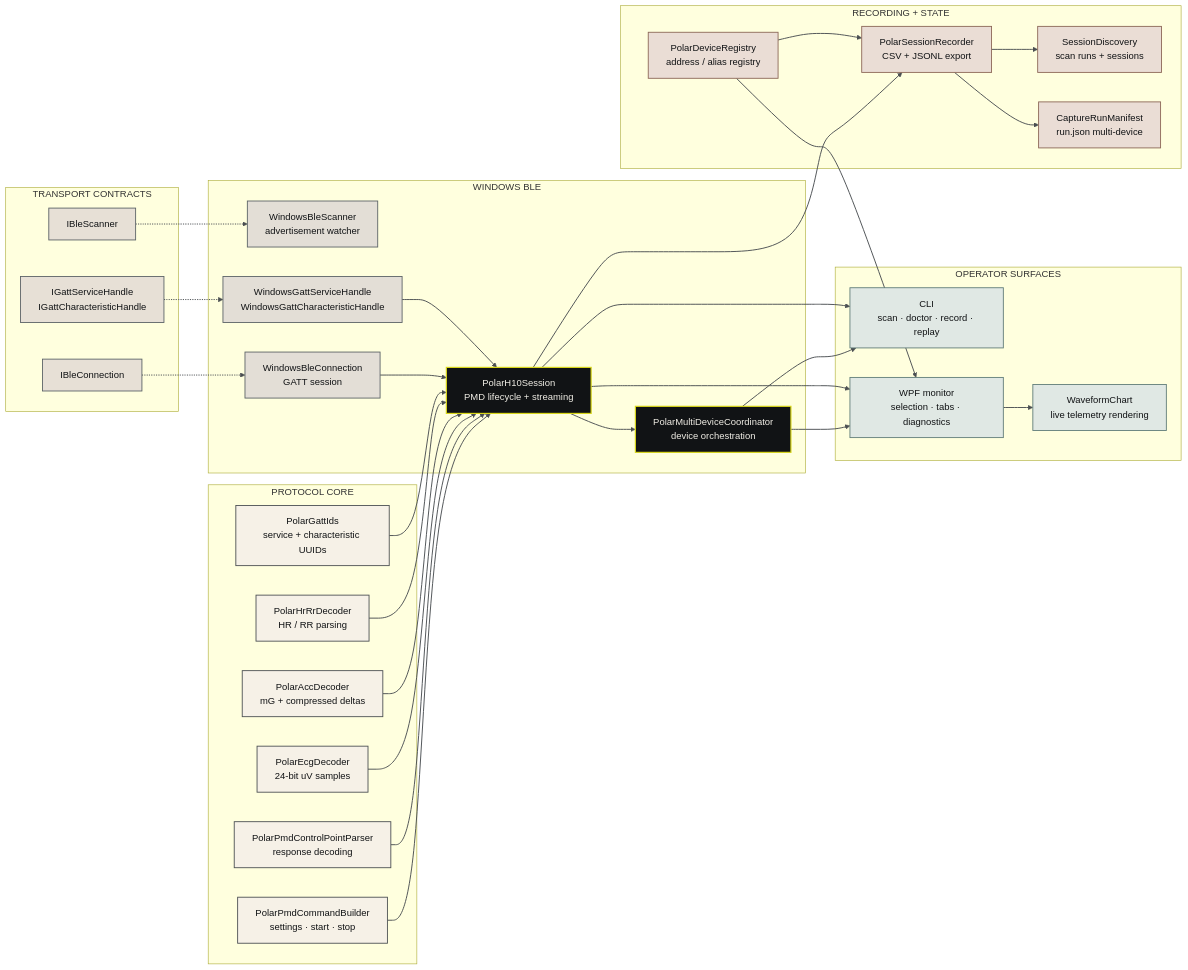
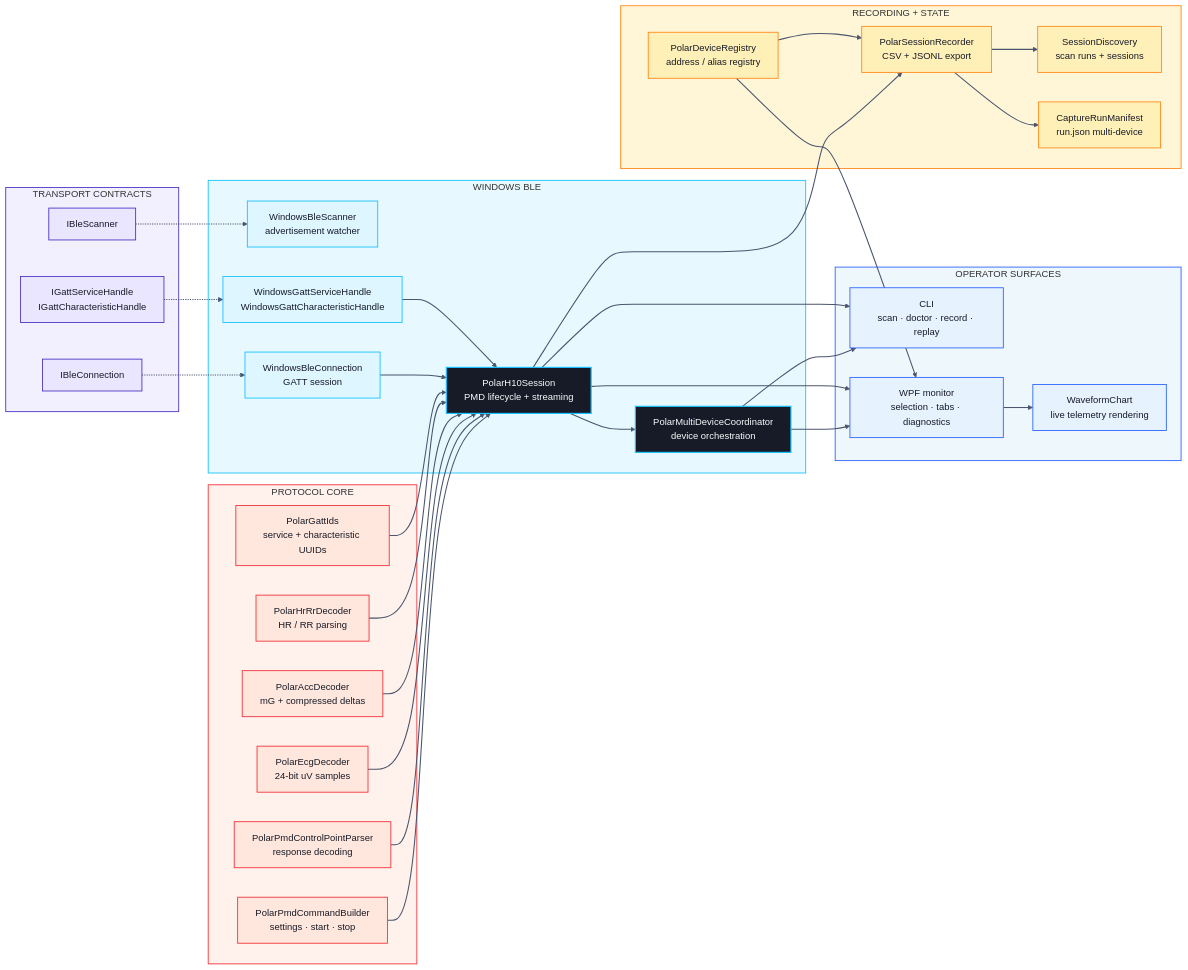
Before and after one commit to MesmerPrism/PolarH10: the diagram in docs/diagrams/code-architecture.mmd, drawn with Mermaid. The commit also changed 15 other files, not shown here.

Commit message:
Reframe site around app and intensify diagram palette

```diff
--- a/docs/diagrams/code-architecture.mmd
+++ b/docs/diagrams/code-architecture.mmd
@@ -1,76 +1,82 @@
 %% Code architecture - subsystem level.
 %% Optimized for Pages viewer and GitHub README rendering.
 
 flowchart LR
     subgraph Protocol["PROTOCOL CORE"]
         EC["PolarEcgDecoder<br/>24-bit uV samples"]
         AC["PolarAccDecoder<br/>mG + compressed deltas"]
         HR["PolarHrRrDecoder<br/>HR / RR parsing"]
         PMD["PolarPmdCommandBuilder<br/>settings · start · stop"]
         CP["PolarPmdControlPointParser<br/>response decoding"]
         GID["PolarGattIds<br/>service + characteristic UUIDs"]
     end
 
     subgraph Transport["TRANSPORT CONTRACTS"]
         IS["IBleScanner"]
         IC["IBleConnection"]
         IG["IGattServiceHandle<br/>IGattCharacteristicHandle"]
     end
 
     subgraph Windows["WINDOWS BLE"]
         WS["WindowsBleScanner<br/>advertisement watcher"]
         WC["WindowsBleConnection<br/>GATT session"]
         WG["WindowsGattServiceHandle<br/>WindowsGattCharacteristicHandle"]
         SE["PolarH10Session<br/>PMD lifecycle + streaming"]
         CO["PolarMultiDeviceCoordinator<br/>device orchestration"]
     end
 
     subgraph Recording["RECORDING + STATE"]
         RE["PolarSessionRecorder<br/>CSV + JSONL export"]
         SD["SessionDiscovery<br/>scan runs + sessions"]
         MA["CaptureRunManifest<br/>run.json multi-device"]
         DR["PolarDeviceRegistry<br/>address / alias registry"]
     end
 
     subgraph Surfaces["OPERATOR SURFACES"]
         C1["CLI<br/>scan · doctor · record · replay"]
         G1["WPF monitor<br/>selection · tabs · diagnostics"]
         G2["WaveformChart<br/>live telemetry rendering"]
     end
 
     PMD --> SE
     CP --> SE
     EC --> SE
     AC --> SE
     HR --> SE
     GID --> SE
     IS -.-> WS
     IC -.-> WC
     IG -.-> WG
     WC --> SE
     WG --> SE
     SE --> CO
     SE --> RE
     RE --> SD
     RE --> MA
     DR --> RE
     DR --> G1
     CO --> C1
     CO --> G1
     SE --> C1
     SE --> G1
     G1 --> G2
 
-    classDef core fill:#F6F1E7,stroke:#4B4F52,color:#111315,stroke-width:1.5px;
-    classDef contracts fill:#E7E0D6,stroke:#5B6266,color:#111315,stroke-width:1.5px;
-    classDef windows fill:#E3DED6,stroke:#5B6266,color:#111315,stroke-width:1.5px;
-    classDef active fill:#111315,stroke:#D8D61A,color:#F1EEE6,stroke-width:2px;
-    classDef record fill:#EADDD5,stroke:#8B6656,color:#111315,stroke-width:1.5px;
-    classDef surface fill:#E0E8E4,stroke:#607C78,color:#111315,stroke-width:1.5px;
+    style Protocol fill:#FFF1EB,stroke:#F0343C,stroke-width:1.5px;
+    style Transport fill:#F2EFFF,stroke:#4E35C5,stroke-width:1.5px;
+    style Windows fill:#E8F8FF,stroke:#18C2FF,stroke-width:1.5px;
+    style Recording fill:#FFF6D8,stroke:#FF8A1A,stroke-width:1.5px;
+    style Surfaces fill:#EEF7FC,stroke:#2E66FF,stroke-width:1.5px;
+
+    classDef core fill:#FFE7DD,stroke:#F0343C,color:#171B27,stroke-width:1.5px;
+    classDef contracts fill:#EAE6FF,stroke:#4E35C5,color:#171B27,stroke-width:1.5px;
+    classDef windows fill:#DDF6FF,stroke:#18C2FF,color:#171B27,stroke-width:1.5px;
+    classDef active fill:#171B27,stroke:#18C2FF,color:#F7FBFC,stroke-width:2px;
+    classDef record fill:#FFF0B8,stroke:#FF8A1A,color:#171B27,stroke-width:1.5px;
+    classDef surface fill:#E7F2FF,stroke:#2E66FF,color:#171B27,stroke-width:1.5px;
     class EC,AC,HR,PMD,CP,GID core;
     class IS,IC,IG contracts;
     class WS,WC,WG windows;
     class SE,CO active;
     class RE,SD,MA,DR record;
     class C1,G1,G2 surface;
-    linkStyle default stroke:#4B4F52,stroke-width:1.6px;
+    linkStyle default stroke:#4B556D,stroke-width:1.8px;
```
